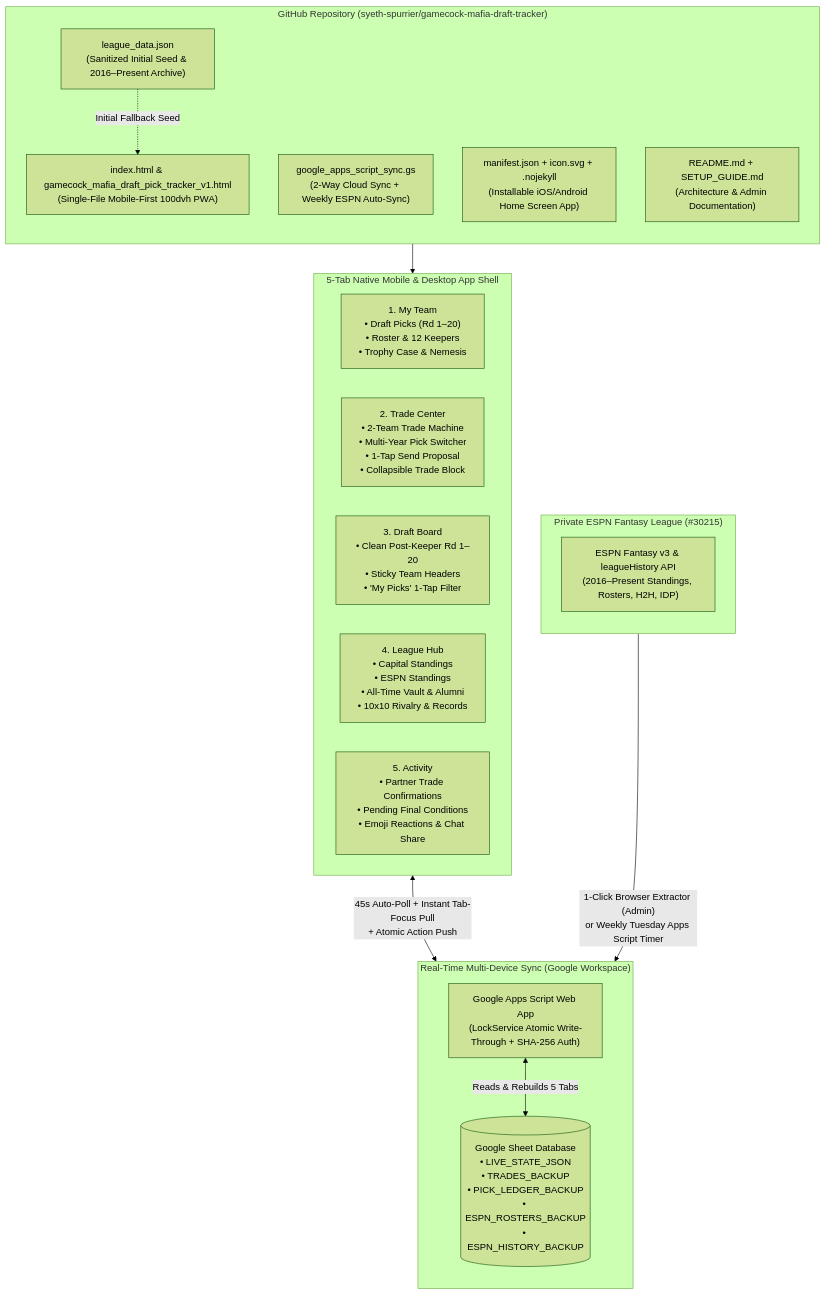
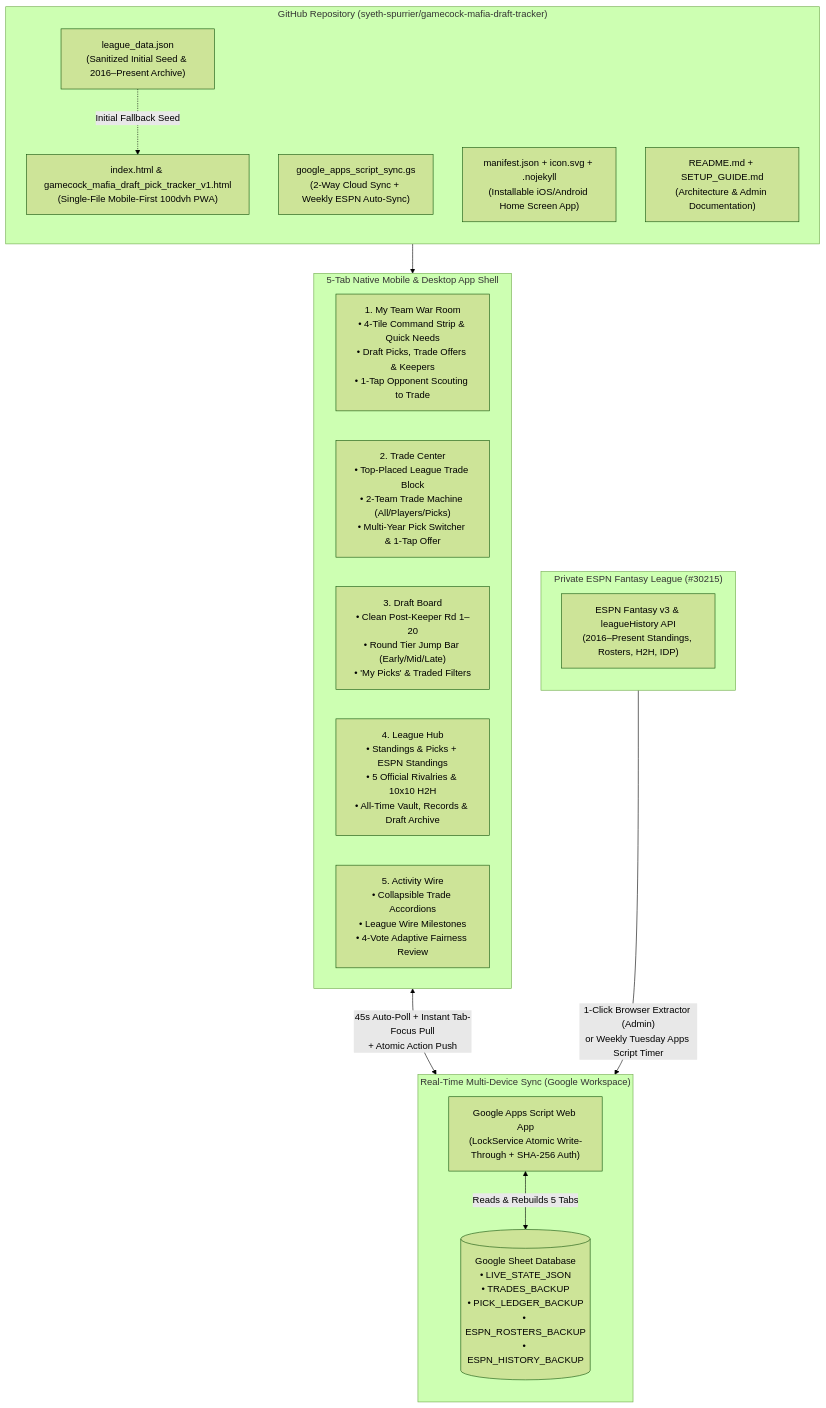
The first of 2 diagrams in README.md (syeth-spurrier/gamecock-mafia-draft-tracker), drawn with Mermaid (forest theme) before and after one commit. The commit also changed other lines of this file and 4 other files, not shown here.

Commit message:
v8.3.0: Mobile-first War Room, share removal, 5 official rivalries & logic hardening

````diff
--- a/README.md
+++ b/README.md
@@ -11,37 +11,37 @@
 ```mermaid
 flowchart TB
   subgraph GH["GitHub Repository (syeth-spurrier/gamecock-mafia-draft-tracker)"]
     direction TB
     IDX["index.html & gamecock_mafia_draft_pick_tracker_v1.html<br/>(Single-File Mobile-First 100dvh PWA)"]
     SEED["league_data.json<br/>(Sanitized Initial Seed & 2016–Present Archive)"]
     GAS_FILE["google_apps_script_sync.gs<br/>(2-Way Cloud Sync + Weekly ESPN Auto-Sync)"]
     PWA["manifest.json + icon.svg + .nojekyll<br/>(Installable iOS/Android Home Screen App)"]
     DOCS["README.md + SETUP_GUIDE.md<br/>(Architecture & Admin Documentation)"]
   end
 
   subgraph UI["5-Tab Native Mobile & Desktop App Shell"]
     direction LR
-    T1["1. My Team<br/>• Draft Picks (Rd 1–20)<br/>• Roster & 12 Keepers<br/>• Trophy Case & Nemesis"]
-    T2["2. Trade Center<br/>• 2-Team Trade Machine<br/>• Multi-Year Pick Switcher<br/>• 1-Tap Send Proposal<br/>• Collapsible Trade Block"]
-    T3["3. Draft Board<br/>• Clean Post-Keeper Rd 1–20<br/>• Sticky Team Headers<br/>• 'My Picks' 1-Tap Filter"]
-    T4["4. League Hub<br/>• Capital Standings<br/>• ESPN Standings<br/>• All-Time Vault & Alumni<br/>• 10x10 Rivalry & Records"]
-    T5["5. Activity<br/>• Partner Trade Confirmations<br/>• Pending Final Conditions<br/>• Emoji Reactions & Chat Share"]
+    T1["1. My Team War Room<br/>• 4-Tile Command Strip & Quick Needs<br/>• Draft Picks, Trade Offers & Keepers<br/>• 1-Tap Opponent Scouting to Trade"]
+    T2["2. Trade Center<br/>• Top-Placed League Trade Block<br/>• 2-Team Trade Machine (All/Players/Picks)<br/>• Multi-Year Pick Switcher & 1-Tap Offer"]
+    T3["3. Draft Board<br/>• Clean Post-Keeper Rd 1–20<br/>• Round Tier Jump Bar (Early/Mid/Late)<br/>• 'My Picks' & Traded Filters"]
+    T4["4. League Hub<br/>• Standings & Picks + ESPN Standings<br/>• 5 Official Rivalries & 10x10 H2H<br/>• All-Time Vault, Records & Draft Archive"]
+    T5["5. Activity Wire<br/>• Collapsible Trade Accordions<br/>• League Wire Milestones<br/>• 4-Vote Adaptive Fairness Review"]
   end
 
   subgraph CLOUD["Real-Time Multi-Device Sync (Google Workspace)"]
     direction TB
     WEBAPP["Google Apps Script Web App<br/>(LockService Atomic Write-Through + SHA-256 Auth)"]
     SHEET[("Google Sheet Database<br/>• LIVE_STATE_JSON<br/>• TRADES_BACKUP<br/>• PICK_LEDGER_BACKUP<br/>• ESPN_ROSTERS_BACKUP<br/>• ESPN_HISTORY_BACKUP")]
   end
 
   subgraph ESPN["Private ESPN Fantasy League (#30215)"]
     direction TB
     API["ESPN Fantasy v3 & leagueHistory API<br/>(2016–Present Standings, Rosters, H2H, IDP)"]
   end
 
   IDX --> UI
   SEED -.->|"Initial Fallback Seed"| IDX
   UI <-->|"45s Auto-Poll + Instant Tab-Focus Pull<br/>+ Atomic Action Push"| WEBAPP
   WEBAPP <-->|"Reads & Rebuilds 5 Tabs"| SHEET
   ESPN -->|"1-Click Browser Extractor (Admin)<br/>or Weekly Tuesday Apps Script Timer"| WEBAPP
 ```
````
